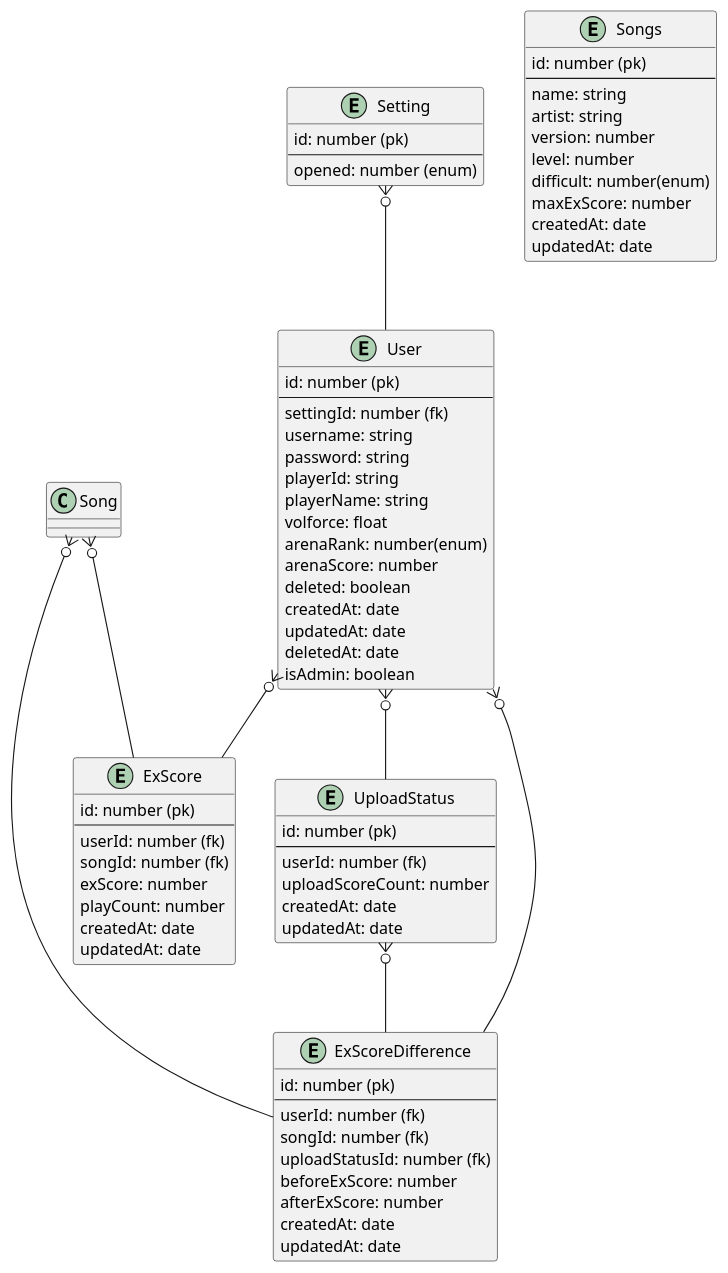
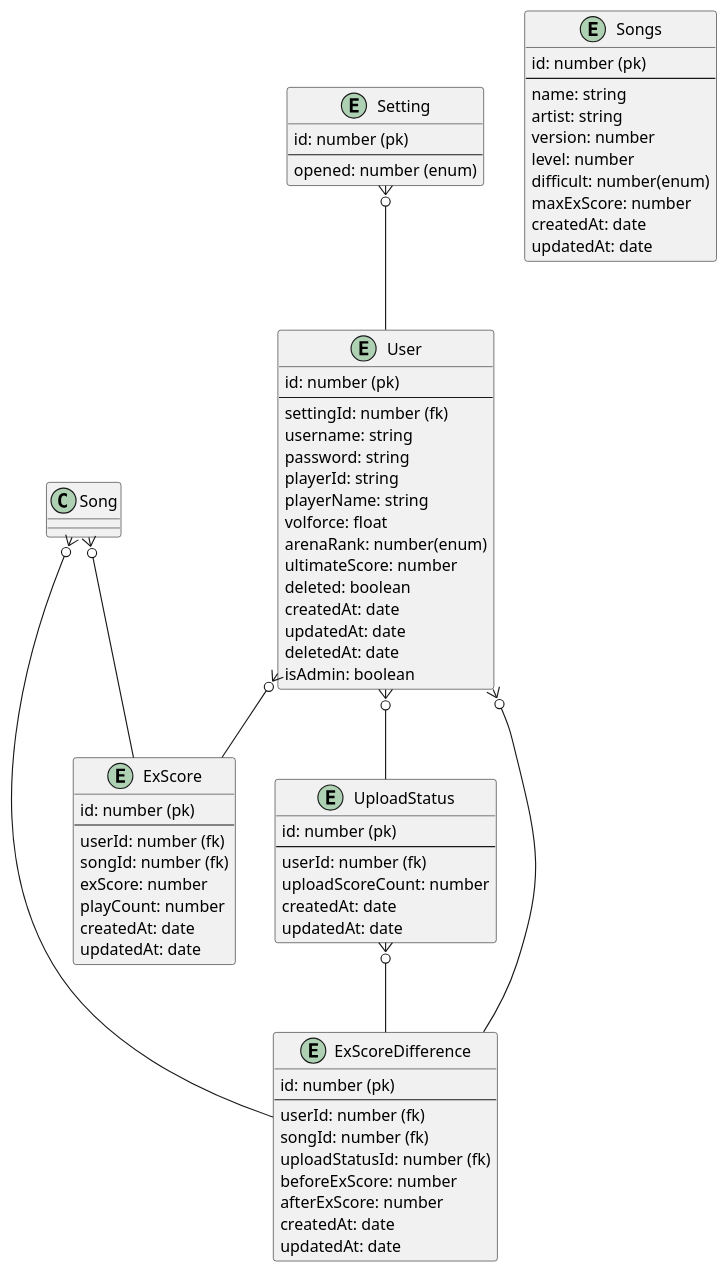
The diagram in design/dbDchema.pu (saezurucrow/sdvx-est), drawn with PlantUML before and after one commit. The commit also changed 3 other files, not shown here.

Commit message:
rename arena_score ultimate_score

```diff
--- a/design/dbDchema.pu
+++ b/design/dbDchema.pu
@@ -1,87 +1,87 @@
 @startuml sdvxest
 
 entity User {
   id: number (pk)
   --
   settingId: number (fk)
   username: string
   password: string
   playerId: string
   playerName: string
   volforce: float
   arenaRank: number(enum)
-  arenaScore: number
+  ultimateScore: number
   deleted: boolean
   createdAt: date
   updatedAt: date
   deletedAt: date
   isAdmin: boolean
 }
 ' (op)rivalData
 
 entity Songs {
   id: number (pk)
   --
   name: string
   artist: string
   version: number
   level: number
   difficult: number(enum)
   maxExScore: number
   createdAt: date
   updatedAt: date
 }
 ' (op) bpm(min - max)
 
 entity ExScore {
   id: number (pk)
   --
   userId: number (fk)
   songId: number (fk)
   exScore: number
   playCount: number
   createdAt: date
   updatedAt: date
 }
 
 ' アップロード状況
 entity UploadStatus {
   id: number (pk)
   --
   userId: number (fk)
   uploadScoreCount: number
   createdAt: date
   updatedAt: date
 }
 
 ' 差分
 entity ExScoreDifference {
   id: number (pk)
   --
   userId: number (fk)
   songId: number (fk)
   uploadStatusId: number (fk)
   beforeExScore: number
   afterExScore: number
   createdAt: date
   updatedAt: date
 }
 
 ' 公開設定
 entity Setting {
   id: number (pk)
   --
   opened: number (enum)
 }
 
 Setting }o-- User
 User }o-- UploadStatus
 User }o-- ExScore
 User }o-- ExScoreDifference
 
 Song }o-- ExScore
 Song }o-- ExScoreDifference
 
 UploadStatus }o-- ExScoreDifference
 
 @enduml
```
